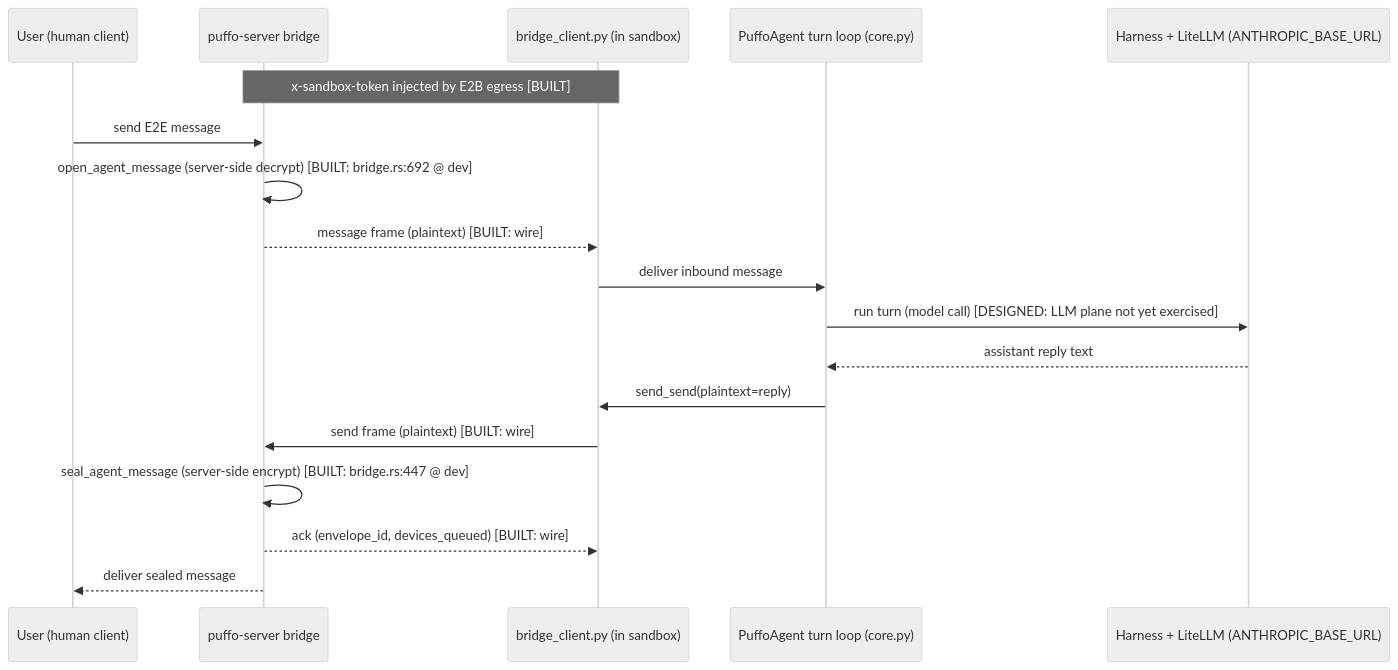
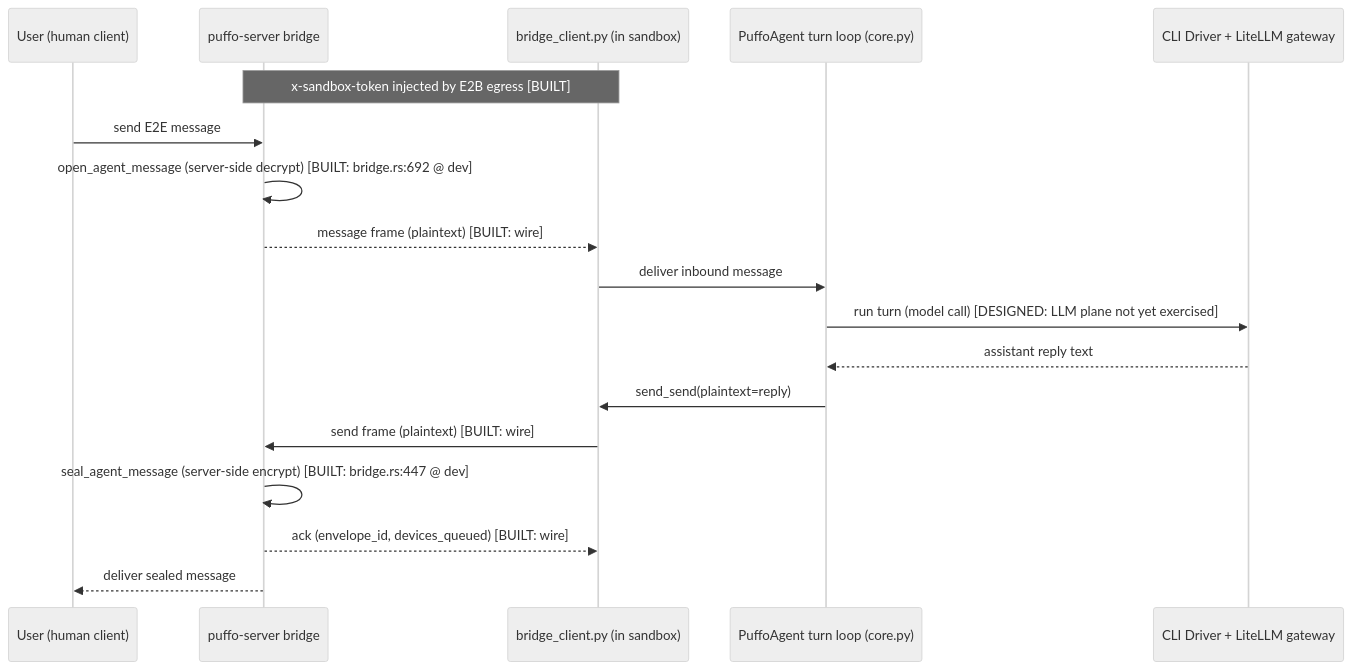
The third of 4 diagrams in docs/FAT-CLOUD-ARCHITECTURE.md (TZZheng/puffo-agent), drawn with Mermaid (neutral theme) before and after one commit. The commit also changed other lines of this file and 201 other files, not shown here.

Commit message:
refactor(agent): consolidate Python runtime architecture

````diff
--- a/docs/FAT-CLOUD-ARCHITECTURE.md
+++ b/docs/FAT-CLOUD-ARCHITECTURE.md
@@ -363,21 +362,21 @@
 ```mermaid
 sequenceDiagram
     participant U as User (human client)
     participant S as puffo-server bridge
     participant B as bridge_client.py (in sandbox)
     participant A as PuffoAgent turn loop (core.py)
-    participant H as Harness + LiteLLM (ANTHROPIC_BASE_URL)
+    participant H as CLI Driver + LiteLLM gateway
 
     Note over B,S: x-sandbox-token injected by E2B egress [BUILT]
     U->>S: send E2E message
     S->>S: open_agent_message (server-side decrypt) [BUILT: bridge.rs:692 @ dev]
     S-->>B: message frame (plaintext) [BUILT: wire]
     B->>A: deliver inbound message
     A->>H: run turn (model call) [DESIGNED: LLM plane not yet exercised]
     H-->>A: assistant reply text
     A->>B: send_send(plaintext=reply)
     B->>S: send frame (plaintext) [BUILT: wire]
     S->>S: seal_agent_message (server-side encrypt) [BUILT: bridge.rs:447 @ dev]
     S-->>B: ack (envelope_id, devices_queued) [BUILT: wire]
     S-->>U: deliver sealed message
 ```
````
